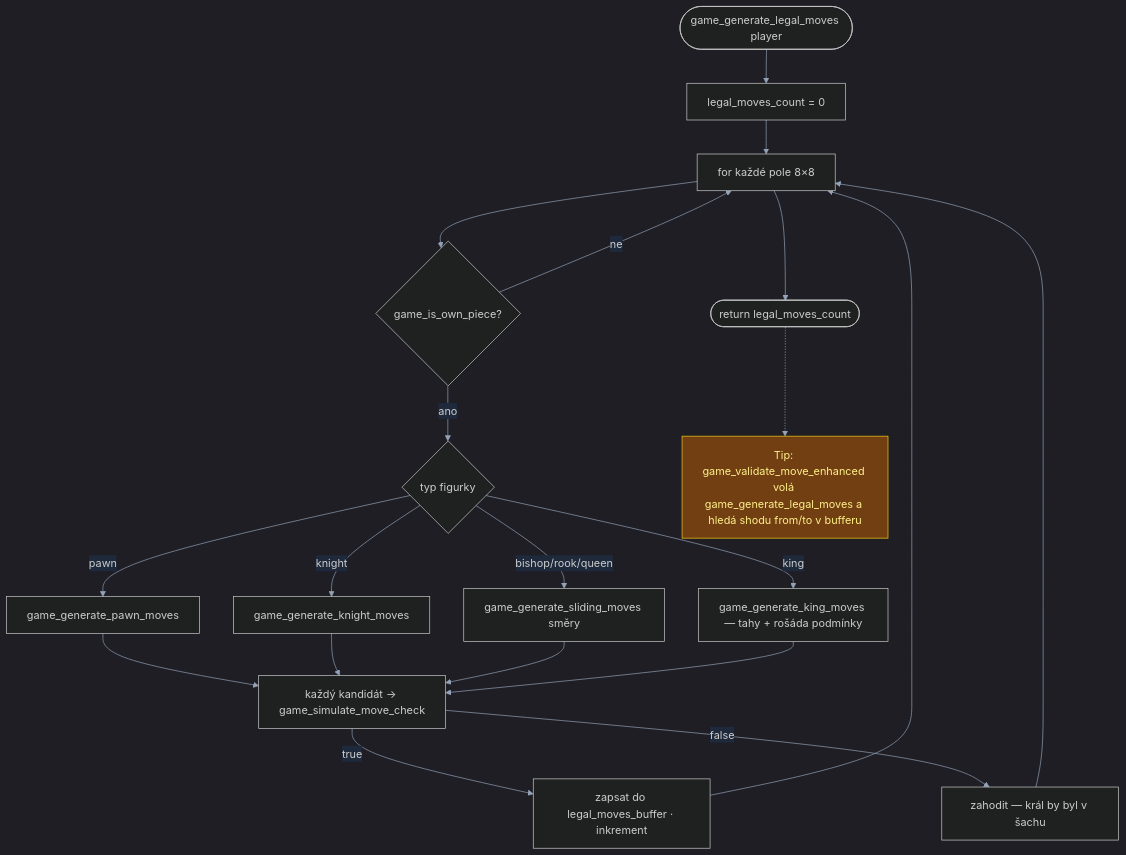
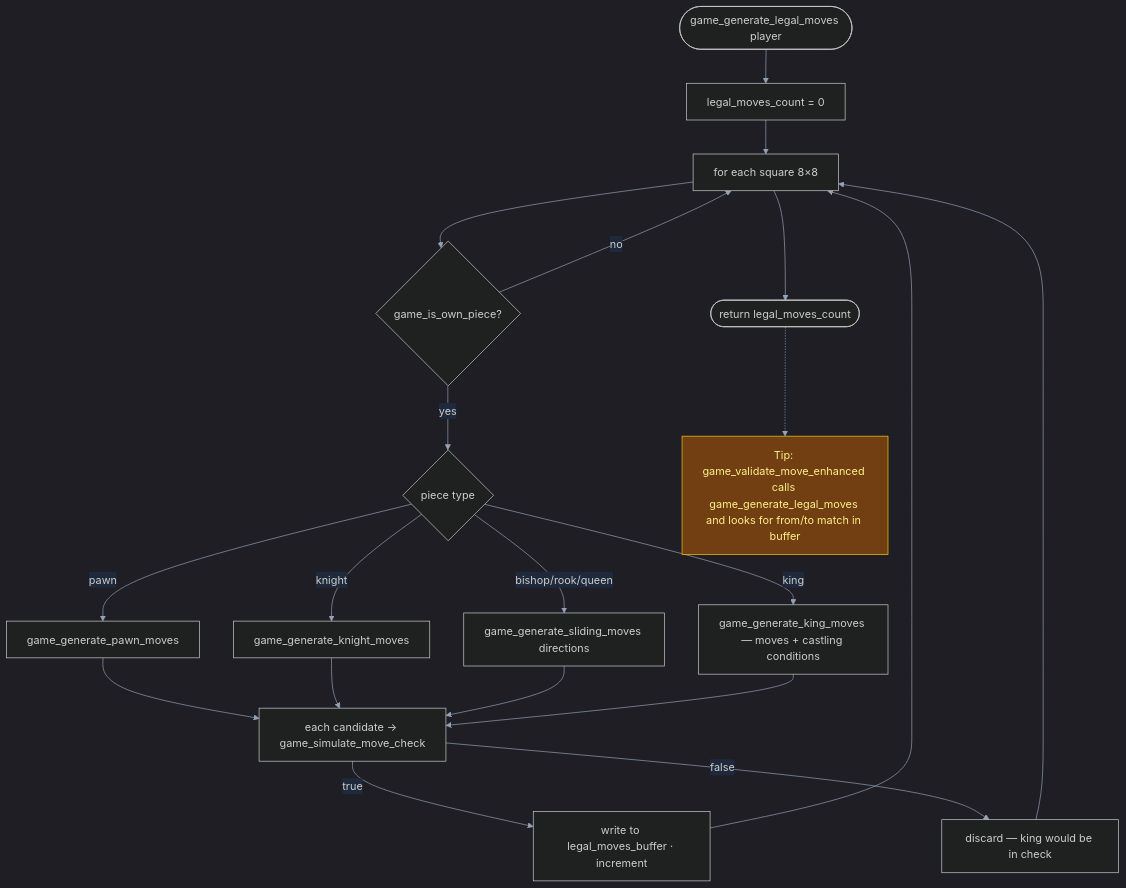
Before and after one commit to AlfredKrutina/chess_esp32_c6_devkit: the diagram in docs/diagrams/sources/chess_legal_moves_generation.mmd, drawn with Mermaid. The commit also changed 372 other files, not shown here.

```diff
--- a/docs/diagrams/sources/chess_legal_moves_generation.mmd
+++ b/docs/diagrams/sources/chess_legal_moves_generation.mmd
@@ -1,30 +1,30 @@
-%% Generování legálních tahů — buffer legal_moves_buffer game_task.c
+%% Legal move generation — legal_moves_buffer buffer game_task.c
 %%{init: {'theme':'dark','themeVariables':{'fontFamily':'system-ui,sans-serif','clusterBkg':'#0f172a','clusterBorder':'#334155','lineColor':'#94a3b8','primaryTextColor':'#f1f5f9','edgeLabelBackground':'#1e293b','titleColor':'#f8fafc'}}}%%
 flowchart TD
   G([game_generate_legal_moves player]) --> CLR[legal_moves_count = 0]
-  CLR --> LOOP[for každé pole 8×8]
+  CLR --> LOOP[for each square 8×8]
   LOOP --> OWN{game_is_own_piece?}
-  OWN -->|ne| LOOP
-  OWN -->|ano| TYP{typ figurky}
+  OWN -->|no| LOOP
+  OWN -->|yes| TYP{piece type}
 
   TYP -->|pawn| GP[game_generate_pawn_moves]
   TYP -->|knight| GK[game_generate_knight_moves]
-  TYP -->|bishop/rook/queen| GS[game_generate_sliding_moves směry]
-  TYP -->|king| GKng[game_generate_king_moves — tahy + rošáda podmínky]
+  TYP -->|bishop/rook/queen| GS[game_generate_sliding_moves directions]
+  TYP -->|king| GKng[game_generate_king_moves — moves + castling conditions]
 
-  GP --> SIM[každý kandidát → game_simulate_move_check]
+  GP --> SIM[each candidate → game_simulate_move_check]
   GK --> SIM
   GS --> SIM
   GKng --> SIM
 
-  SIM -->|true| BUF[zapsat do legal_moves_buffer · inkrement]
-  SIM -->|false| DROP[zahodit — král by byl v šachu]
+  SIM -->|true| BUF[write to legal_moves_buffer · increment]
+  SIM -->|false| DROP[discard — king would be in check]
   BUF --> LOOP
   DROP --> LOOP
 
   LOOP --> RET([return legal_moves_count])
 
-  NOTE["Tip: game_validate_move_enhanced volá game_generate_legal_moves a hledá shodu from/to v bufferu"]:::note
+  NOTE["Tip: game_validate_move_enhanced calls game_generate_legal_moves and looks for from/to match in buffer"]:::note
   RET -.-> NOTE
 
   classDef note fill:#713f12,stroke:#facc15,color:#fef08a
```
